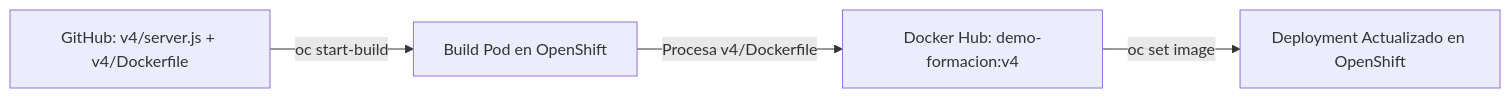
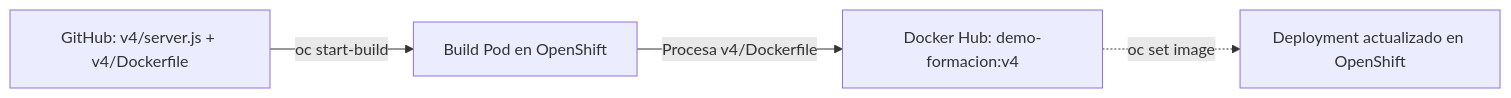
The fourth of 4 diagrams in docs/sesion4/4.5 Construir en la plataforma.md (ieftraining/curso-openshift), drawn with Mermaid before and after one commit. The commit also changed other lines of this file, not shown here.

````diff
--- a/docs/sesion4/4.5 Construir en la plataforma.md
+++ b/docs/sesion4/4.5 Construir en la plataforma.md
@@ -188,6 +131,6 @@
 ```mermaid
 flowchart LR
     A[GitHub: v4/server.js + v4/Dockerfile] -->|oc start-build| B[Build Pod en OpenShift]
     B -->|Procesa v4/Dockerfile| C[Docker Hub: demo-formacion:v4]
-    C -->|oc set image| D[Deployment Actualizado en OpenShift]
+    C -.->|oc set image| D[Deployment actualizado en OpenShift]
 ```
````
